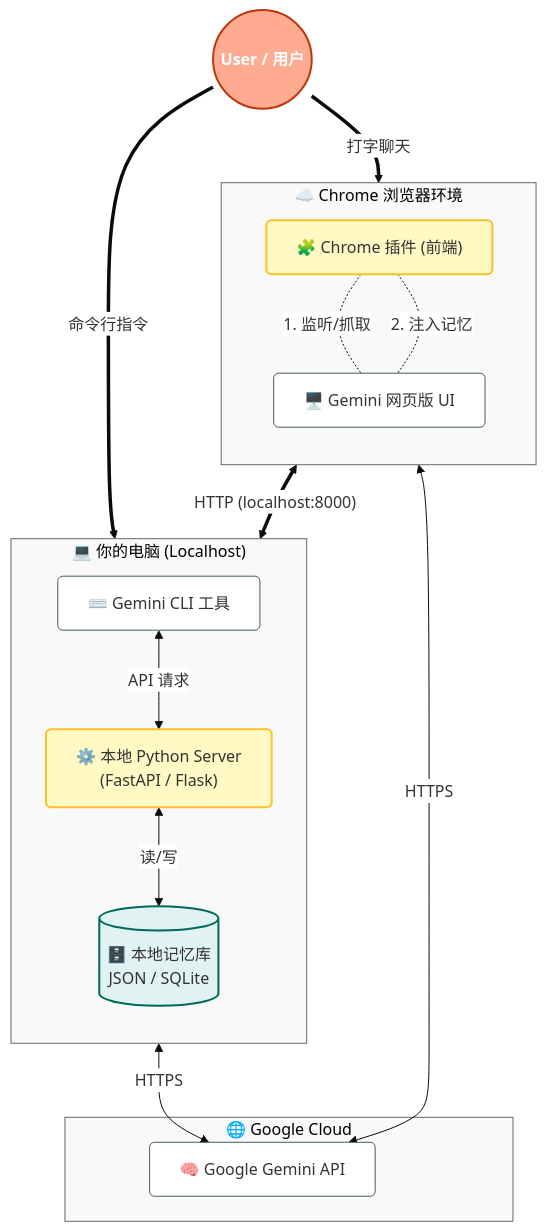
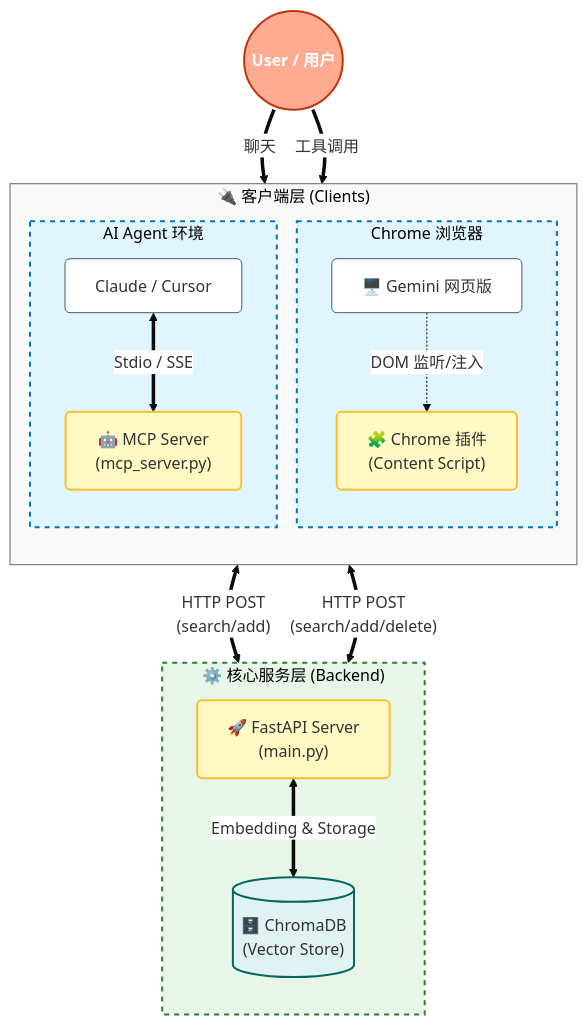
Before and after one commit to user0857/llm-memory-bridge: the diagram in architecture.mmd, drawn with Mermaid. The commit also changed 2 other files, not shown here.

Commit message:
docs: update architecture diagram and translate README to Chinese

```diff
--- a/architecture.mmd
+++ b/architecture.mmd
@@ -1,61 +1,56 @@
 %%{init: {'theme': 'base', 'themeVariables': { 'fontFamily': 'arial', 'fontSize': '16px', 'primaryColor': '#fff', 'edgeLabelBackground': '#fff', 'clusterBkg': '#f9f9f9', 'clusterBorder': '#666' }}}%%
 graph TD
     %% 样式定义
     classDef userNode fill:#FFAB91,stroke:#BF360C,stroke-width:2px,color:white,font-weight:bold;
-    classDef browserEnv fill:#E1F5FE,stroke:#0277BD,stroke-width:2px,stroke-dasharray: 5 5;
-    classDef localEnv fill:#E8F5E9,stroke:#2E7D32,stroke-width:2px,stroke-dasharray: 5 5;
-    classDef cloudEnv fill:#F3E5F5,stroke:#7B1FA2,stroke-width:2px,stroke-dasharray: 5 5;
-    
-    classDef component fill:#ffffff,stroke:#455A64,stroke-width:1px,rx:5,ry:5,shadow:true;
+    classDef clientEnv fill:#E1F5FE,stroke:#0277BD,stroke-width:2px,stroke-dasharray: 5 5;
+    classDef serverEnv fill:#E8F5E9,stroke:#2E7D32,stroke-width:2px,stroke-dasharray: 5 5;
+    classDef database fill:#E0F2F1,stroke:#00695C,stroke-width:2px,rx:5,ry:5;
+    classDef component fill:#ffffff,stroke:#455A64,stroke-width:1px,rx:5,ry:5;
     classDef highlight fill:#FFF9C4,stroke:#FBC02D,stroke-width:2px,rx:5,ry:5;
-    classDef database fill:#E0F2F1,stroke:#00695C,stroke-width:2px,rx:5,ry:5;
 
     %% 用户
     User((User / 用户)):::userNode
 
-    %% 浏览器环境
-    subgraph ChromeBrowser ["☁️ Chrome 浏览器环境"]
+    %% 客户端层
+    subgraph Clients ["🔌 客户端层 (Clients)"]
         direction TB
-        GeminiWeb["🖥️ Gemini 网页版 UI"]:::component
-        Extension["🧩 Chrome 插件 (前端)"]:::highlight
         
-        %% 内部连线
-        Extension -.- |"1. 监听/抓取"| GeminiWeb
-        Extension -.- |"2. 注入记忆"| GeminiWeb
+        subgraph Chrome ["Chrome 浏览器"]
+            GeminiWeb["🖥️ Gemini 网页版"]:::component
+            Extension["🧩 Chrome 插件<br/>(Content Script)"]:::highlight
+        end
+        
+        subgraph Agent ["AI Agent 环境"]
+            MCPServer["🤖 MCP Server<br/>(mcp_server.py)"]:::highlight
+            Claude["Claude / Cursor"]:::component
+        end
     end
 
-    %% 本地环境
-    subgraph LocalEnvironment ["💻 你的电脑 (Localhost)"]
+    %% 服务端层
+    subgraph Server ["⚙️ 核心服务层 (Backend)"]
         direction TB
         
-        %% 中转服务
-        SyncServer["⚙️ 本地 Python Server<br/>(FastAPI / Flask)"]:::highlight
-        
-        %% CLI
-        GeminiCLI["⌨️ Gemini CLI 工具"]:::component
-        
-        %% 存储
-        MemoryDB[("🗄️ 本地记忆库<br/>JSON / SQLite")]:::database
-        
-        %% 内部连线
-        SyncServer <-->|"读/写"| MemoryDB
-        GeminiCLI <-->|"API 请求"| SyncServer
+        FastAPI["🚀 FastAPI Server<br/>(main.py)"]:::highlight
+        ChromaDB[("🗄️ ChromaDB<br/>(Vector Store)")]:::database
     end
 
-    %% 远程服务
-    subgraph GoogleCloud ["🌐 Google Cloud"]
-        RealGemini["🧠 Google Gemini API"]:::component
-    end
+    %% 关系连线
+    
+    %% 用户交互
+    User ==>|"聊天"| GeminiWeb
+    User ==>|"工具调用"| Claude
 
-    %% 外部交互
-    User ==>|"打字聊天"| GeminiWeb
-    User ==>|"命令行指令"| GeminiCLI
-    
-    GeminiWeb <-->|"HTTPS"| RealGemini
-    GeminiCLI <-->|"HTTPS"| RealGemini
+    %% 插件交互
+    GeminiWeb -.->|"DOM 监听/注入"| Extension
+    Extension <==>|"HTTP POST<br/>(search/add)"| FastAPI
 
-    %% 核心跨域链路
-    Extension <==>|"HTTP (localhost:8000)"| SyncServer
+    %% MCP 交互
+    Claude <==>|"Stdio / SSE"| MCPServer
+    MCPServer <==>|"HTTP POST<br/>(search/add/delete)"| FastAPI
 
-    %% 应用样式到子图 (虽然Mermaid对子图样式支持有限，这里尝试保持默认或通过init控制)
-    %% Note: Subgraph styling is handled by theme variables mainly in this config
+    %% 数据交互
+    FastAPI <==>|"Embedding & Storage"| ChromaDB
+
+    %% 样式应用
+    class Chrome,Agent clientEnv
+    class Server serverEnv
```
